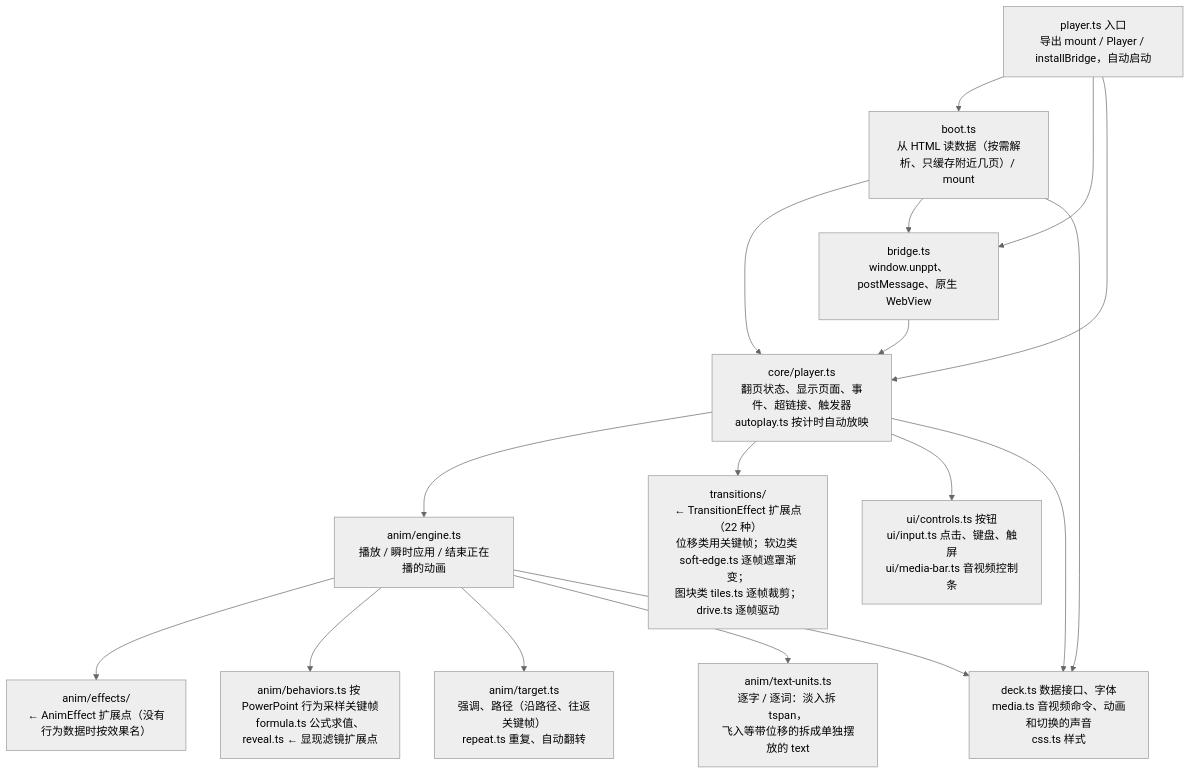
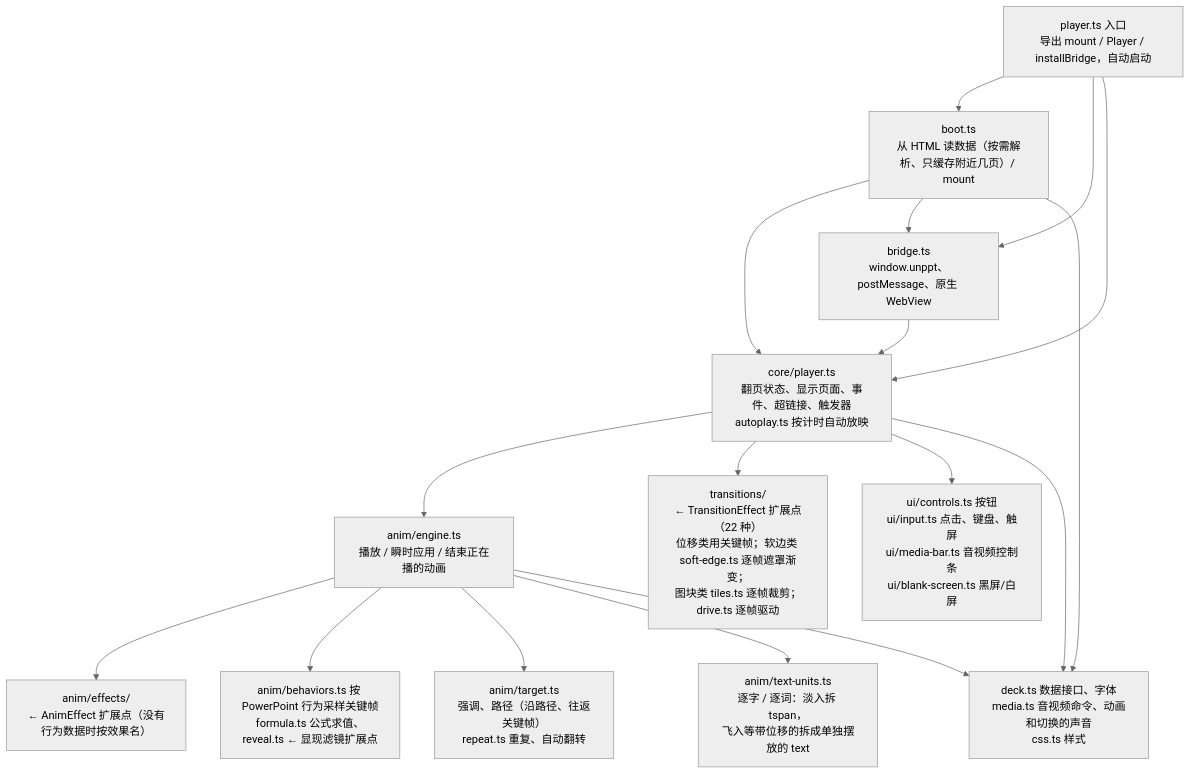
Before and after one commit to spitmaster/unppt: the third of 5 diagrams in docs/architecture.md, drawn with Mermaid (neutral theme). The commit also changed 7 other files, not shown here.

````diff
--- a/docs/architecture.md
+++ b/docs/architecture.md
@@ -71,20 +71,20 @@
 ```mermaid
 flowchart TB
   entry["player.ts 入口<br/>导出 mount / Player / installBridge，自动启动"]
   boot["boot.ts<br/>从 HTML 读数据（按需解析、只缓存附近几页）/ mount"]
   bridge["bridge.ts<br/>window.unppt、postMessage、原生 WebView"]
   core["core/player.ts<br/>翻页状态、显示页面、事件、超链接、触发器<br/>autoplay.ts 按计时自动放映"]
   engine["anim/engine.ts<br/>播放 / 瞬时应用 / 结束正在播的动画"]
   effects["anim/effects/<br/>← AnimEffect 扩展点（没有行为数据时按效果名）"]
   behav["anim/behaviors.ts 按 PowerPoint 行为采样关键帧<br/>formula.ts 公式求值、reveal.ts ← 显现滤镜扩展点"]
   target["anim/target.ts<br/>强调、路径（沿路径、往返关键帧）<br/>repeat.ts 重复、自动翻转"]
   units["anim/text-units.ts<br/>逐字 / 逐词：淡入拆 tspan，<br/>飞入等带位移的拆成单独摆放的 text"]
   trans["transitions/<br/>← TransitionEffect 扩展点（22 种）<br/>位移类用关键帧；软边类 soft-edge.ts 逐帧遮罩渐变；<br/>图块类 tiles.ts 逐帧裁剪；drive.ts 逐帧驱动"]
-  ui["ui/controls.ts 按钮<br/>ui/input.ts 点击、键盘、触屏<br/>ui/media-bar.ts 音视频控制条"]
+  ui["ui/controls.ts 按钮<br/>ui/input.ts 点击、键盘、触屏<br/>ui/media-bar.ts 音视频控制条<br/>ui/blank-screen.ts 黑屏/白屏"]
   deck["deck.ts 数据接口、字体<br/>media.ts 音视频命令、动画和切换的声音<br/>css.ts 样式"]
   entry --> boot & bridge & core
   boot --> core & bridge & deck
   bridge --> core
   core --> engine & trans & ui & deck
   engine --> effects & behav & target & units & deck
 ```
````
